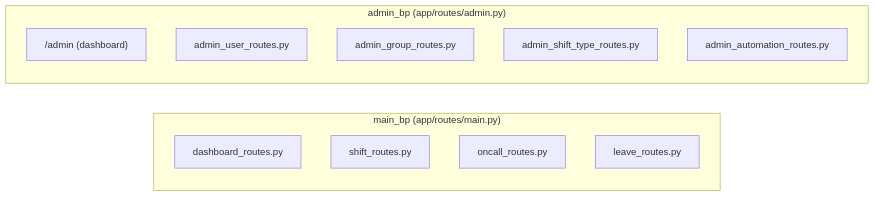
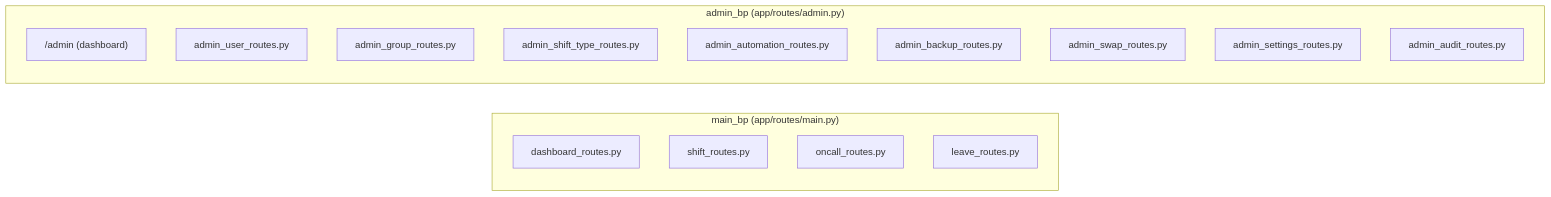
The second of 2 diagrams in Docs/architecture/ARCHITECTURE.md (FoxOps/kairos), drawn with Mermaid before and after one commit. The commit also changed other lines of this file and 6 other files, not shown here.

First line of the commit message:
Documentation : rattrapage ROADMAP + Docs/ (jusqu'à la v0.9.0 audit trail)

````diff
--- a/Docs/architecture/ARCHITECTURE.md
+++ b/Docs/architecture/ARCHITECTURE.md
@@ -67,16 +67,20 @@
 ```mermaid
 graph LR
     subgraph main_bp["main_bp (app/routes/main.py)"]
         dashboard[dashboard_routes.py]
         shift[shift_routes.py]
         oncall[oncall_routes.py]
         leave[leave_routes.py]
     end
     subgraph admin_bp["admin_bp (app/routes/admin.py)"]
         admin_dash["/admin (dashboard)"]
         admin_user[admin_user_routes.py]
         admin_group[admin_group_routes.py]
         admin_shift_type[admin_shift_type_routes.py]
         admin_automation[admin_automation_routes.py]
+        admin_backup[admin_backup_routes.py]
+        admin_swap[admin_swap_routes.py]
+        admin_settings[admin_settings_routes.py]
+        admin_audit[admin_audit_routes.py]
     end
 ```
````
